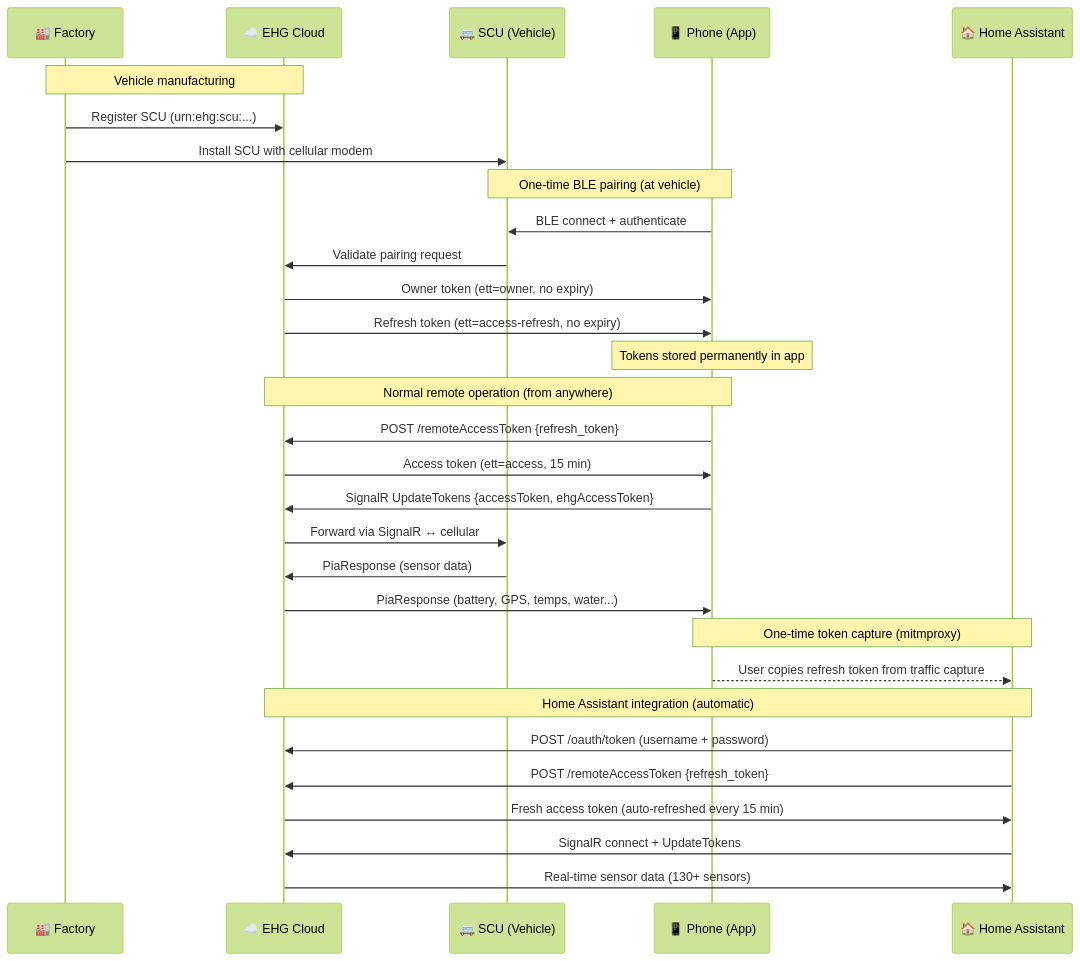
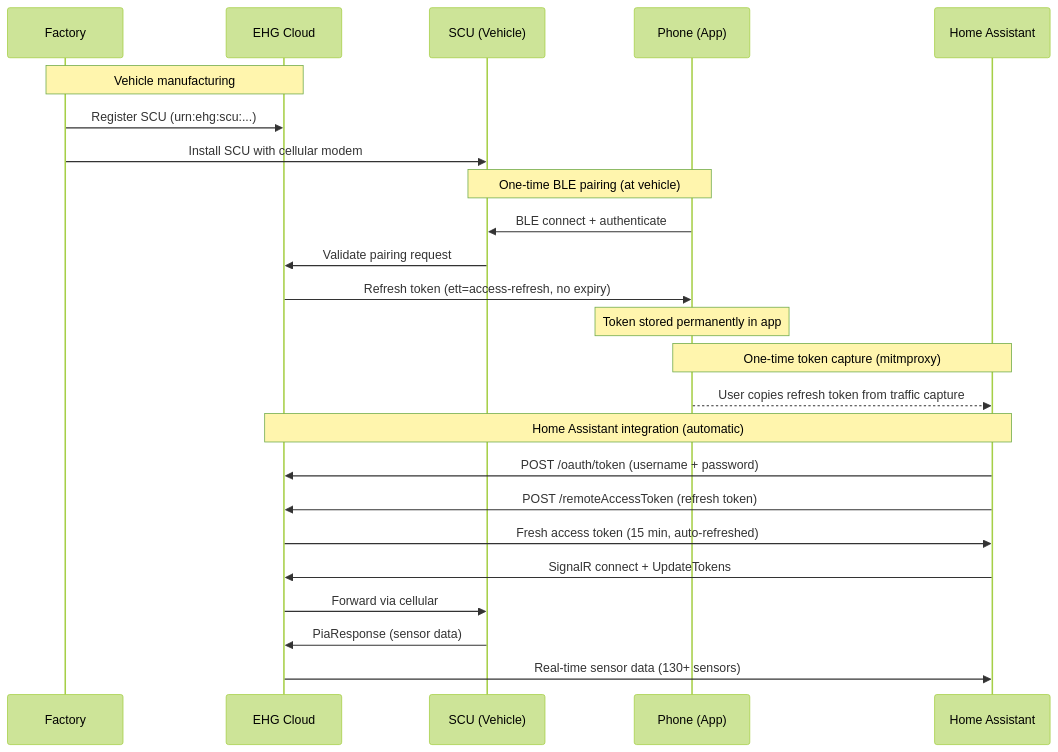
The first of 2 diagrams in custom_components/hymer_connect/README.md (BetaHydri/hymer-connect-ha), drawn with Mermaid (forest theme) before and after one commit. The commit also changed other lines of this file and 1 other file, not shown here.

````diff
--- a/custom_components/hymer_connect/README.md
+++ b/custom_components/hymer_connect/README.md
@@ -203,37 +217,30 @@
 ```mermaid
 sequenceDiagram
-    participant Factory as 🏭 Factory
-    participant Cloud as ☁️ EHG Cloud
-    participant SCU as 🚐 SCU (Vehicle)
-    participant Phone as 📱 Phone (App)
-    participant HA as 🏠 Home Assistant
+    participant Factory as Factory
+    participant Cloud as EHG Cloud
+    participant SCU as SCU (Vehicle)
+    participant Phone as Phone (App)
+    participant HA as Home Assistant
 
     Note over Factory,Cloud: Vehicle manufacturing
     Factory->>Cloud: Register SCU (urn:ehg:scu:...)
     Factory->>SCU: Install SCU with cellular modem
 
     Note over SCU,Phone: One-time BLE pairing (at vehicle)
     Phone->>SCU: BLE connect + authenticate
     SCU->>Cloud: Validate pairing request
-    Cloud->>Phone: Owner token (ett=owner, no expiry)
     Cloud->>Phone: Refresh token (ett=access-refresh, no expiry)
-    Note over Phone: Tokens stored permanently in app
-
-    Note over Phone,Cloud: Normal remote operation (from anywhere)
-    Phone->>Cloud: POST /remoteAccessToken {refresh_token}
-    Cloud->>Phone: Access token (ett=access, 15 min)
-    Phone->>Cloud: SignalR UpdateTokens {accessToken, ehgAccessToken}
-    Cloud->>SCU: Forward via SignalR ↔ cellular
-    SCU->>Cloud: PiaResponse (sensor data)
-    Cloud->>Phone: PiaResponse (battery, GPS, temps, water...)
+    Note over Phone: Token stored permanently in app
 
     Note over Phone,HA: One-time token capture (mitmproxy)
     Phone-->>HA: User copies refresh token from traffic capture
 
     Note over HA,Cloud: Home Assistant integration (automatic)
     HA->>Cloud: POST /oauth/token (username + password)
-    HA->>Cloud: POST /remoteAccessToken {refresh_token}
-    Cloud->>HA: Fresh access token (auto-refreshed every 15 min)
+    HA->>Cloud: POST /remoteAccessToken (refresh token)
+    Cloud->>HA: Fresh access token (15 min, auto-refreshed)
     HA->>Cloud: SignalR connect + UpdateTokens
+    Cloud->>SCU: Forward via cellular
+    SCU->>Cloud: PiaResponse (sensor data)
     Cloud->>HA: Real-time sensor data (130+ sensors)
 ```
````
